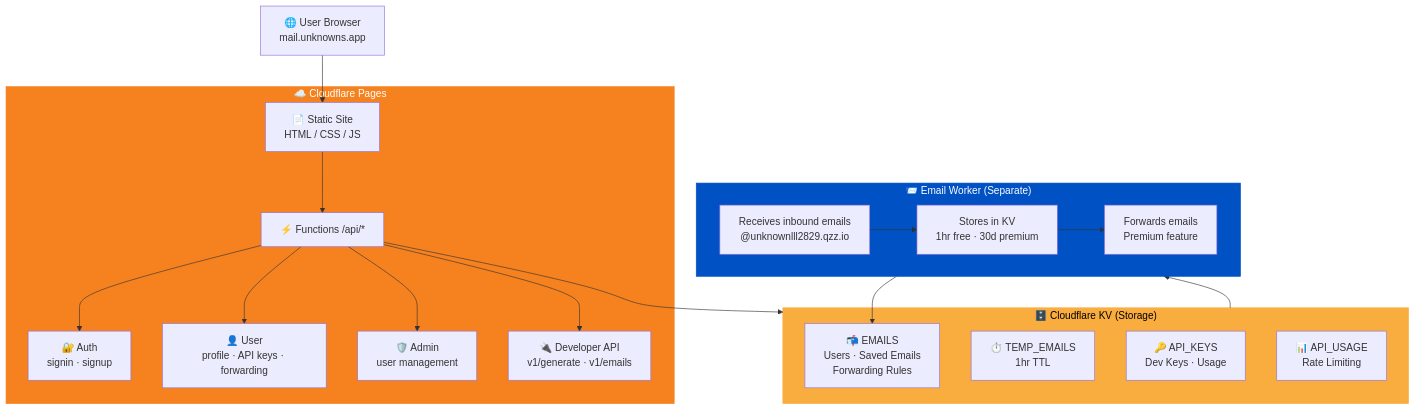
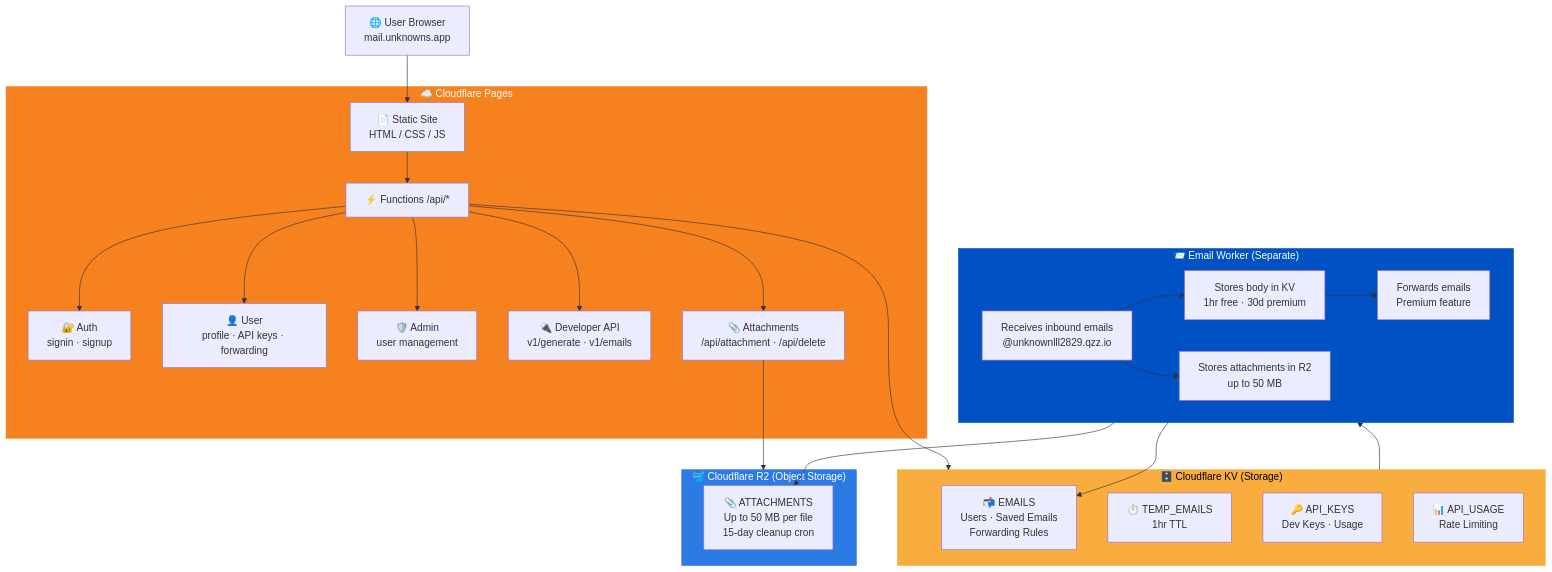
One commit to Unknown-2829/temp-mail changed the diagram in README.md. Above: the diagram before and after it, drawn with Mermaid. The commit also changed other lines of this file and 1 other file, not shown here.

````diff
--- a/README.md
+++ b/README.md
@@ -80,39 +90,49 @@
 ```mermaid
 flowchart TD
     A[🌐 User Browser\nmail.unknowns.app] --> B
 
     subgraph CF_PAGES["☁️ Cloudflare Pages"]
         B["📄 Static Site\nHTML / CSS / JS"]
         C["⚡ Functions /api/*"]
         C1["🔐 Auth\nsignin · signup"]
         C2["👤 User\nprofile · API keys · forwarding"]
         C3["🛡️ Admin\nuser management"]
         C4["🔌 Developer API\nv1/generate · v1/emails"]
-        C --> C1 & C2 & C3 & C4
+        C5["📎 Attachments\n/api/attachment · /api/delete"]
+        C --> C1 & C2 & C3 & C4 & C5
     end
 
     B --> C
 
     subgraph CF_KV["🗄️ Cloudflare KV (Storage)"]
         K1["📬 EMAILS\nUsers · Saved Emails\nForwarding Rules"]
         K2["⏱️ TEMP_EMAILS\n1hr TTL"]
         K3["🔑 API_KEYS\nDev Keys · Usage"]
         K4["📊 API_USAGE\nRate Limiting"]
     end
 
+    subgraph CF_R2["🪣 Cloudflare R2 (Object Storage)"]
+        R1["📎 ATTACHMENTS\nUp to 50 MB per file\n15-day cleanup cron"]
+    end
+
     C --> CF_KV
+    C5 --> CF_R2
 
     subgraph CF_WORKER["📨 Email Worker (Separate)"]
         E1["Receives inbound emails\n@unknownlll2829.qzz.io"]
-        E2["Stores in KV\n1hr free · 30d premium"]
-        E3["Forwards emails\nPremium feature"]
-        E1 --> E2 --> E3
+        E2["Stores body in KV\n1hr free · 30d premium"]
+        E3["Stores attachments in R2\nup to 50 MB"]
+        E4["Forwards emails\nPremium feature"]
+        E1 --> E2 --> E4
+        E1 --> E3
     end
 
     CF_KV --> CF_WORKER
     CF_WORKER --> K1
+    CF_WORKER --> R1
 
     style CF_PAGES fill:#f6821f,color:#fff,stroke:#f6821f
     style CF_KV fill:#faad3f,color:#000,stroke:#faad3f
+    style CF_R2 fill:#2c7be5,color:#fff,stroke:#2c7be5
     style CF_WORKER fill:#0051c3,color:#fff,stroke:#0051c3
 ```
````
